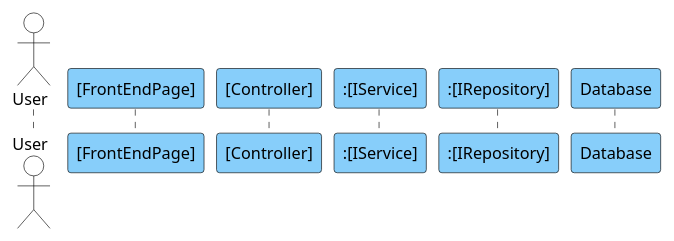
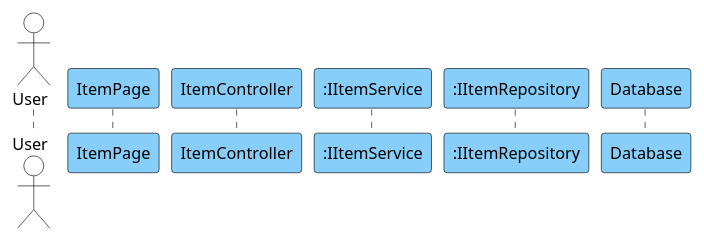
Before and after one commit to SOP-SmartOutfitPlanner/sop-api: the diagram in .github/prompts/draw-sequence-diagram.prompt.md, drawn with PlantUML. The commit also changed other lines of this file, not shown here.

Commit message:
update: diagram instruction

````diff
--- a/.github/prompts/draw-sequence-diagram.prompt.md
+++ b/.github/prompts/draw-sequence-diagram.prompt.md
@@ -31,39 +48,50 @@
 ```plantuml
 @startuml
 skinparam sequence {
     ParticipantBackgroundColor #87CEFA
     ParticipantBorderColor Black
     ActorBackgroundColor White
     ActorBorderColor Black
     ArrowColor Black
     LifeLineBorderColor Black
     LifeLineBackgroundColor #87CEFA
 
     ParticipantFontName Arial
     ParticipantFontSize 13
     ParticipantFontColor Black
     ActorFontName Arial
     ActorFontSize 13
 }
 
 ' Define Participants
 actor "User" as User
-participant "[FrontEndPage]" as Page
-participant "[Controller]" as Controller
-participant ":[IService]" as Service
-participant ":[IRepository]" as Repo
+participant "ItemPage" as Page
+participant "ItemController" as Controller
+participant ":IItemService" as Service
+participant ":IItemRepository" as Repo
 participant "Database" as DB
 
 ' START SEQUENCE EXAMPLE
 ' User -> Page: 1: Access Page
+' activate Page
 ' Page -> Controller: 1.1: POST Action
 ' activate Controller
 
 '    alt "model.Id == null"
 '        Controller --> Page: 1.1.1: Return error
+'        deactivate Controller
 '        Page -> User: 1.1.2: Display message "Error"
+'    else
+'        ' Happy Path Logic goes here
+'        Controller -> Service: 1.1.3: DoWork()
+'        activate Service
+'        Service --> Controller: 1.1.4: Return result
+'        deactivate Service
+'        Controller --> Page: 1.1.5: Return Success
+'        deactivate Controller
+'        Page -> User: 1.1.6: Display message "Success"
 '    end
 
-' deactivate Controller
+' deactivate Page
 @enduml
 ```
````
